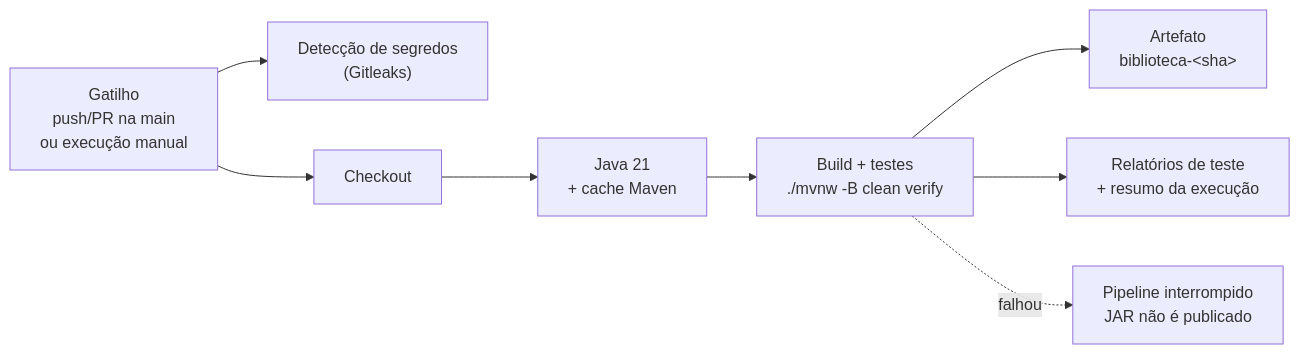
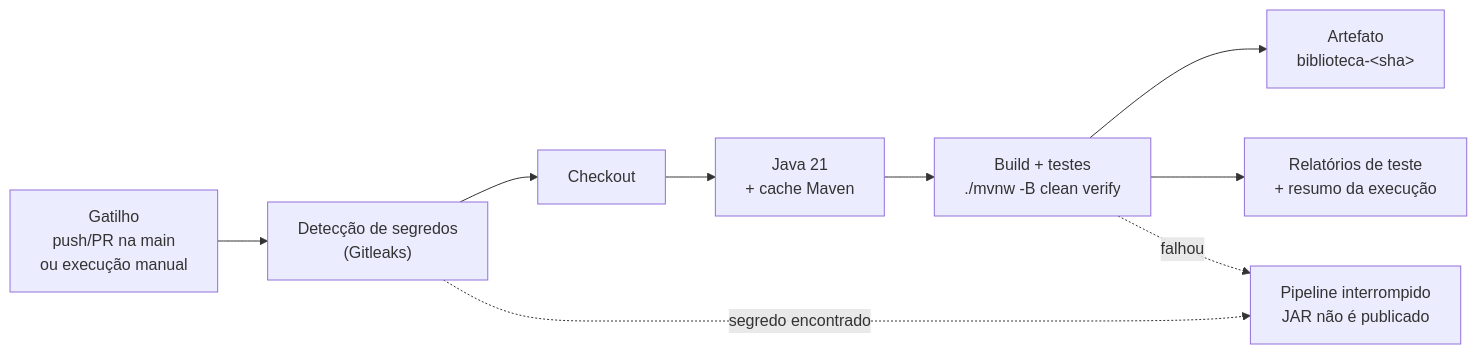
The diagram in README.md (Keltton/PipesDosLinesCloudDeploy), drawn with Mermaid before and after one commit. The commit also changed other lines of this file and 7 other files, not shown here.

````diff
--- a/README.md
+++ b/README.md
@@ -13,10 +45,11 @@
 ```mermaid
 flowchart LR
     A["Gatilho<br/>push/PR na main<br/>ou execução manual"] --> S["Detecção de segredos<br/>(Gitleaks)"]
-    A --> B["Checkout"]
+    S --> B["Checkout"]
+    S -. segredo encontrado .-> F
     B --> C["Java 21<br/>+ cache Maven"]
     C --> D["Build + testes<br/>./mvnw -B clean verify"]
     D --> E["Artefato<br/>biblioteca-&lt;sha&gt;"]
     D --> R["Relatórios de teste<br/>+ resumo da execução"]
     D -. falhou .-> F["Pipeline interrompido<br/>JAR não é publicado"]
 ```
````
